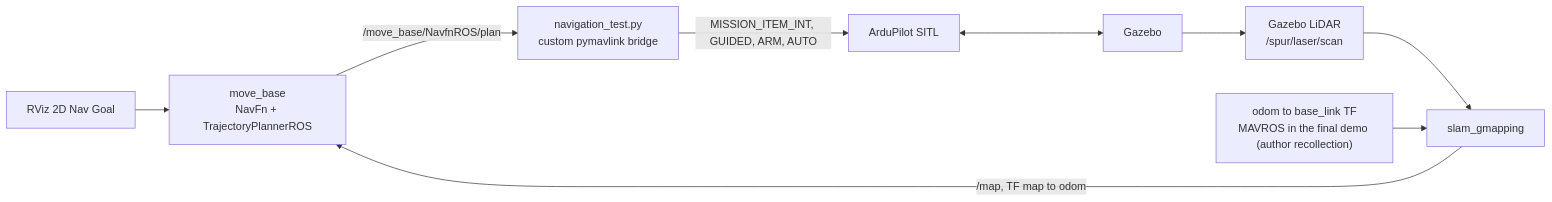
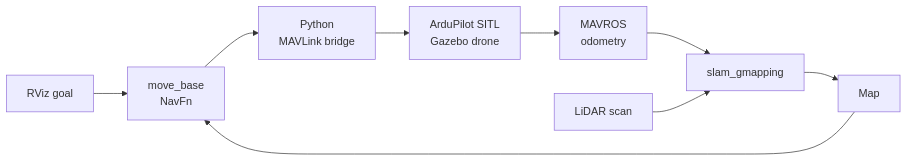
One commit to AlaaRadhwan/ros1-drone-slam-navigation changed the diagram in README.md. Above: the diagram before and after it, drawn with Mermaid. The commit also changed other lines of this file and 1 other file, not shown here.

Commit message:
Simplify architecture diagrams for readability
- README: single compact high-level diagram; uncertainty moved to text
- ARCHITECTURE.md: three small diagrams (navigation, SLAM/sensing, odometry/TF evidence) with detail tables

````diff
--- a/README.md
+++ b/README.md
@@ -27,11 +27,11 @@
 ```mermaid
 flowchart LR
-  RV["RViz 2D Nav Goal"] --> MB["move_base<br/>NavFn + TrajectoryPlannerROS"]
-  GM["slam_gmapping"] -->|"/map, TF map to odom"| MB
-  LID["Gazebo LiDAR<br/>/spur/laser/scan"] --> GM
-  ODOM["odom to base_link TF<br/>MAVROS in the final demo (author recollection)"] --> GM
-  MB -->|"/move_base/NavfnROS/plan"| BR["navigation_test.py<br/>custom pymavlink bridge"]
-  BR -->|"MISSION_ITEM_INT, GUIDED, ARM, AUTO"| SITL["ArduPilot SITL"]
-  SITL <--> GZ["Gazebo"]
-  GZ --> LID
+  A["RViz goal"] --> B["move_base<br/>NavFn"]
+  B --> C["Python<br/>MAVLink bridge"]
+  C --> D["ArduPilot SITL<br/>Gazebo drone"]
+  D --> O["MAVROS<br/>odometry"]
+  O --> S["slam_gmapping"]
+  L["LiDAR scan"] --> S
+  S --> M["Map"]
+  M --> B
 ```
````
